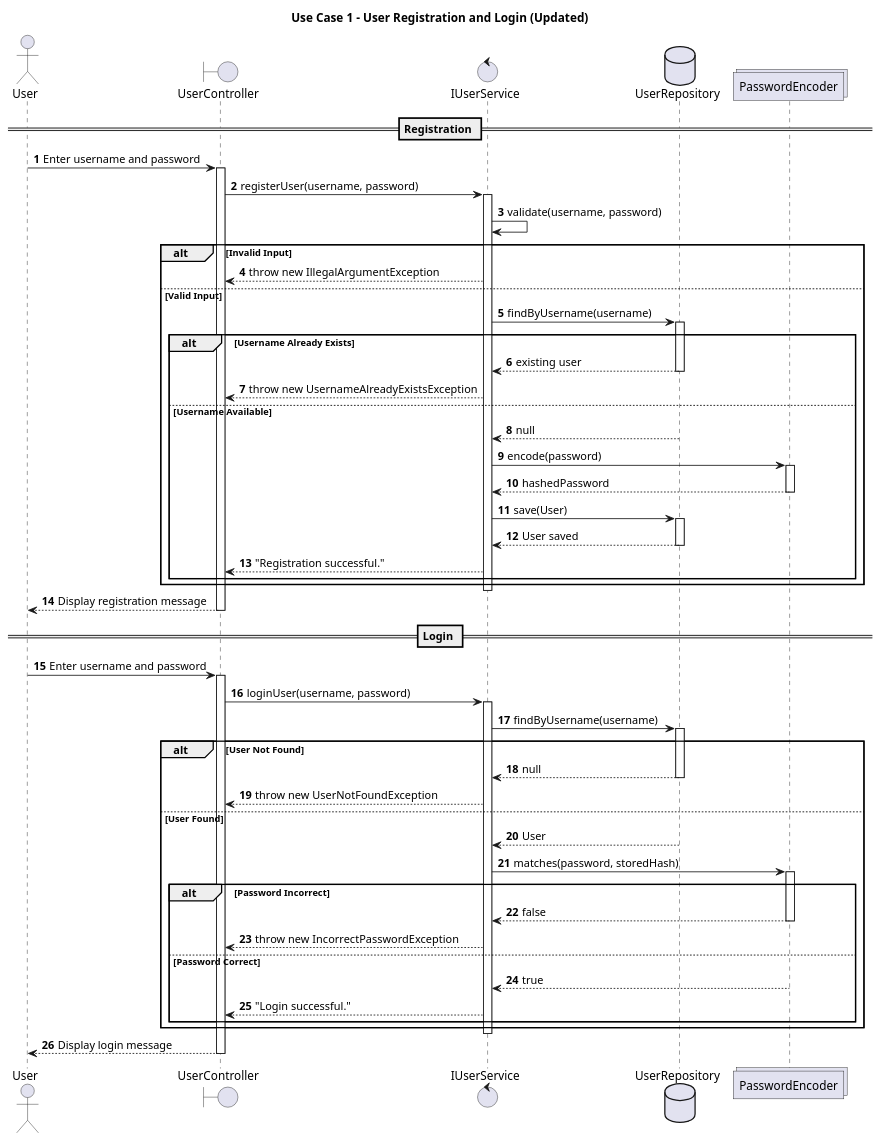
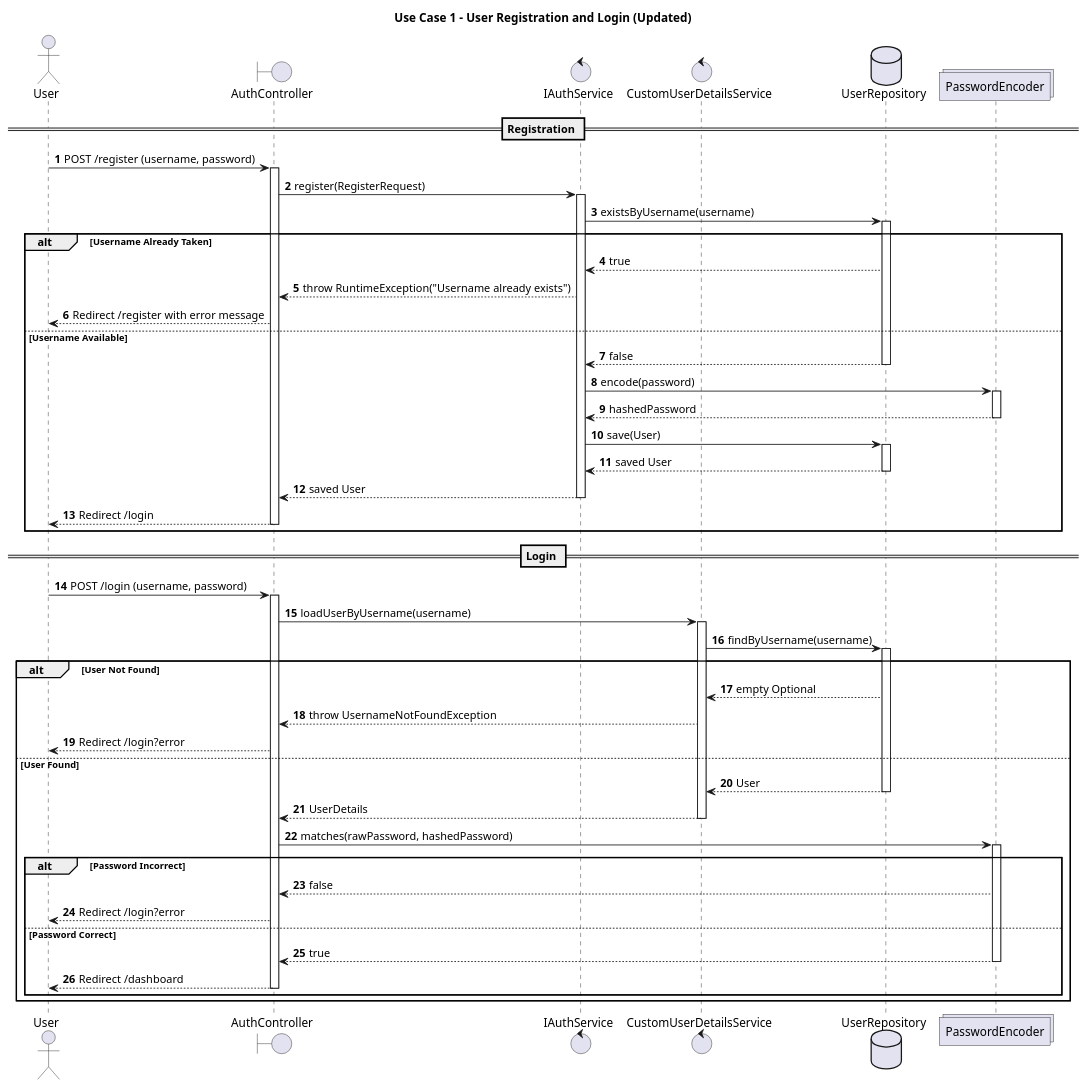
Before and after one commit to MohammedPatel-yorku/LegendsOfSwordAndWand: the diagram in Sequence Diagrams/Use Case 1_User Registration.puml, drawn with PlantUML. The commit also changed 15 other files, not shown here.

Commit message:
Documentation & Diagrams Updated

```diff
--- a/Sequence Diagrams/Use Case 1_User Registration.puml
+++ b/Sequence Diagrams/Use Case 1_User Registration.puml
@@ -1,99 +1,91 @@
 @startuml
-''autonumber each message
 autonumber
 
 skinparam responseMessageBelowArrow true
 
 title Use Case 1 - User Registration and Login (Updated)
 
 actor User
-boundary UserController
-control IUserService
+boundary AuthController
+control IAuthService
+control CustomUserDetailsService
 database UserRepository
 collections PasswordEncoder
 
 == Registration ==
 
-User -> UserController: Enter username and password
-activate UserController
+User -> AuthController: POST /register (username, password)
+activate AuthController
 
-UserController -> IUserService: registerUser(username, password)
-activate IUserService
+AuthController -> IAuthService: register(RegisterRequest)
+activate IAuthService
 
-IUserService -> IUserService: validate(username, password)
+IAuthService -> UserRepository: existsByUsername(username)
+activate UserRepository
 
-alt Invalid Input
-    IUserService --> UserController: throw new IllegalArgumentException
+alt Username Already Taken
+    UserRepository --> IAuthService: true
+    IAuthService --> AuthController: throw RuntimeException("Username already exists")
+    AuthController --> User: Redirect /register with error message
 
-else Valid Input
-    IUserService -> UserRepository: findByUsername(username)
+else Username Available
+    UserRepository --> IAuthService: false
+    deactivate UserRepository
+
+    IAuthService -> PasswordEncoder: encode(password)
+    activate PasswordEncoder
+    PasswordEncoder --> IAuthService: hashedPassword
+    deactivate PasswordEncoder
+
+    IAuthService -> UserRepository: save(User)
     activate UserRepository
+    UserRepository --> IAuthService: saved User
+    deactivate UserRepository
 
-    alt Username Already Exists
-        UserRepository --> IUserService: existing user
-        deactivate UserRepository
-        IUserService --> UserController: throw new UsernameAlreadyExistsException
-
-    else Username Available
-        UserRepository --> IUserService: null
-        deactivate UserRepository
-
-        IUserService -> PasswordEncoder: encode(password)
-        activate PasswordEncoder
-        PasswordEncoder --> IUserService: hashedPassword
-        deactivate PasswordEncoder
-
-        IUserService -> UserRepository: save(User)
-        activate UserRepository
-        UserRepository --> IUserService: User saved
-        deactivate UserRepository
-
-        IUserService --> UserController: "Registration successful."
-    end
+    IAuthService --> AuthController: saved User
+    deactivate IAuthService
+    AuthController --> User: Redirect /login
+    deactivate AuthController
 end
-
-deactivate IUserService
-UserController --> User: Display registration message
-deactivate UserController
 
 
 == Login ==
 
-User -> UserController: Enter username and password
-activate UserController
+User -> AuthController: POST /login (username, password)
+activate AuthController
 
-UserController -> IUserService: loginUser(username, password)
-activate IUserService
+AuthController -> CustomUserDetailsService: loadUserByUsername(username)
+activate CustomUserDetailsService
 
-IUserService -> UserRepository: findByUsername(username)
+CustomUserDetailsService -> UserRepository: findByUsername(username)
 activate UserRepository
 
 alt User Not Found
-    UserRepository --> IUserService: null
-    deactivate UserRepository
-    IUserService --> UserController: throw new UserNotFoundException
+    UserRepository --> CustomUserDetailsService: empty Optional
+    CustomUserDetailsService --> AuthController: throw UsernameNotFoundException
+    AuthController --> User: Redirect /login?error
 
 else User Found
-    UserRepository --> IUserService: User
+    UserRepository --> CustomUserDetailsService: User
     deactivate UserRepository
 
-    IUserService -> PasswordEncoder: matches(password, storedHash)
+    CustomUserDetailsService --> AuthController: UserDetails
+    deactivate CustomUserDetailsService
+
+    AuthController -> PasswordEncoder: matches(rawPassword, hashedPassword)
     activate PasswordEncoder
 
     alt Password Incorrect
-        PasswordEncoder --> IUserService: false
-        deactivate PasswordEncoder
-        IUserService --> UserController: throw new IncorrectPasswordException
+        PasswordEncoder --> AuthController: false
+        AuthController --> User: Redirect /login?error
 
     else Password Correct
-        PasswordEncoder --> IUserService: true
+        PasswordEncoder --> AuthController: true
         deactivate PasswordEncoder
-        IUserService --> UserController: "Login successful."
+        AuthController --> User: Redirect /dashboard
+        deactivate AuthController
     end
 end
 
-deactivate IUserService
-UserController --> User: Display login message
-deactivate UserController
 
 @enduml
```
